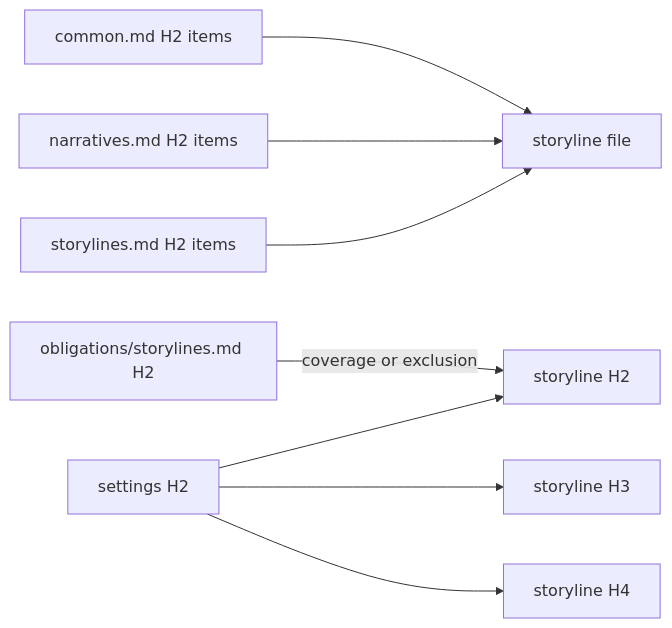
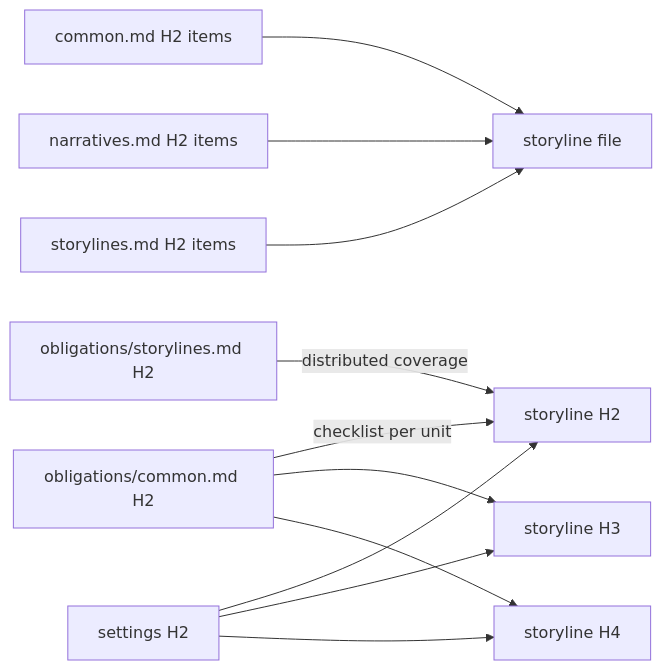
One commit to samchon/novels changed the diagram in .agents/skills/novel/storylines.md. Above: the diagram before and after it, drawn with Mermaid. The commit also changed other lines of this file and 36 other files, not shown here.

````diff
--- a/.agents/skills/novel/storylines.md
+++ b/.agents/skills/novel/storylines.md
@@ -27,10 +29,13 @@
 ```mermaid
 flowchart LR
   CM["common.md H2 items"] --> SF["storyline file"]
   PC["narratives.md H2 items"] --> SF
   PL["storylines.md H2 items"] --> SF
-  O["obligations/storylines.md H2"] -->|"coverage or exclusion"| S2
+  OU["obligations/common.md H2"] -->|"checklist per unit"| S2
+  OU --> S3
+  OU --> S4
+  O["obligations/storylines.md H2"] -->|"distributed coverage"| S2
   F["settings H2"] --> S2["storyline H2"]
   F --> S3["storyline H3"]
   F --> S4["storyline H4"]
 ```
````
